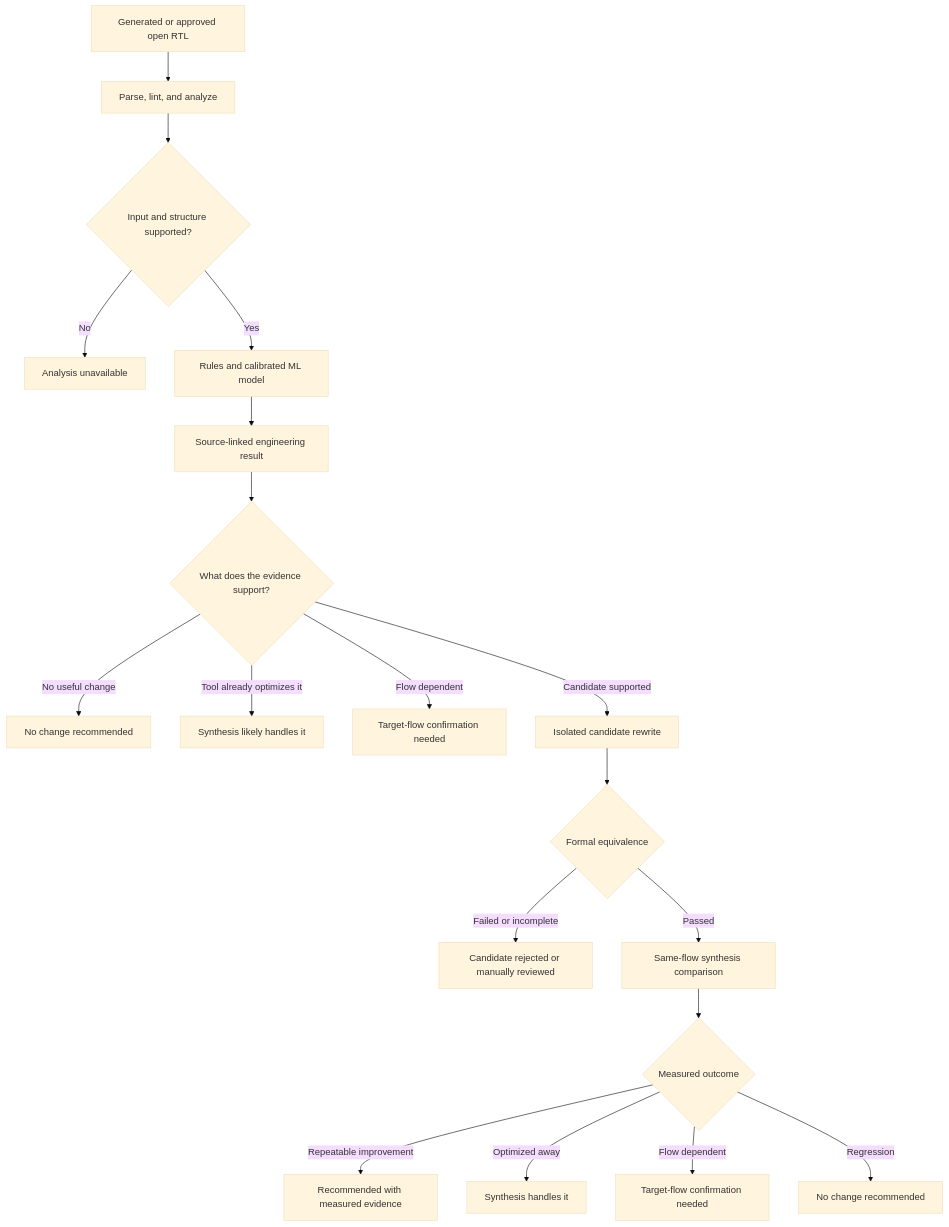
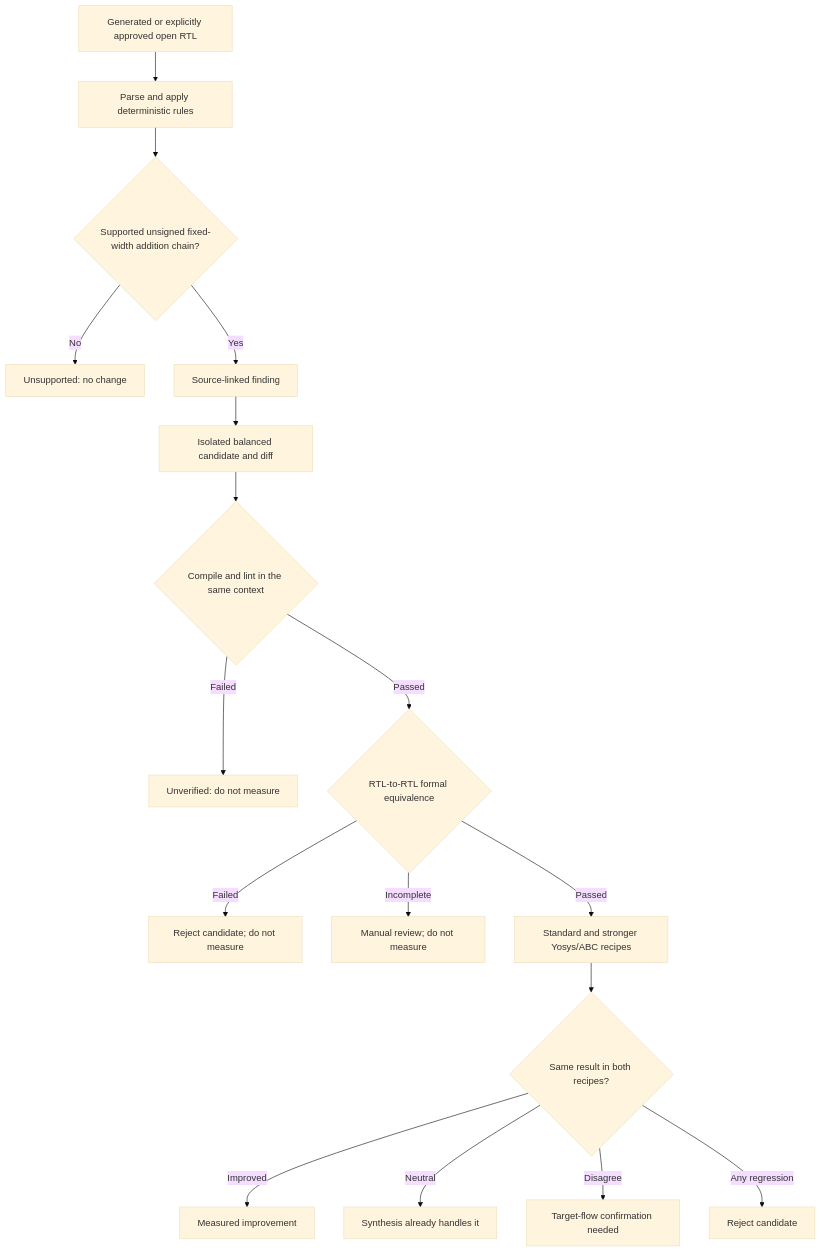
The diagram in README.md (pjwang24/rtl-advisor), drawn with Mermaid (base theme) before and after one commit. The commit also changed other lines of this file and 9 other files, not shown here.

````diff
--- a/README.md
+++ b/README.md
@@ -34,25 +41,19 @@
 ```mermaid
 flowchart TD
-    A["Generated or approved open RTL"] --> B["Parse, lint, and analyze"]
-    B --> C{"Input and structure supported?"}
-
-    C -- "No" --> C1["Analysis unavailable"]
-    C -- "Yes" --> D["Rules and calibrated ML model"]
-    D --> E["Source-linked engineering result"]
-    E --> F{"What does the evidence support?"}
-
-    F -- "No useful change" --> F1["No change recommended"]
-    F -- "Tool already optimizes it" --> F2["Synthesis likely handles it"]
-    F -- "Flow dependent" --> F3["Target-flow confirmation needed"]
-    F -- "Candidate supported" --> G["Isolated candidate rewrite"]
-
-    G --> H{"Formal equivalence"}
-    H -- "Failed or incomplete" --> H1["Candidate rejected or manually reviewed"]
-    H -- "Passed" --> I["Same-flow synthesis comparison"]
-
-    I --> J{"Measured outcome"}
-    J -- "Repeatable improvement" --> J1["Recommended with measured evidence"]
-    J -- "Optimized away" --> J2["Synthesis handles it"]
-    J -- "Flow dependent" --> J3["Target-flow confirmation needed"]
-    J -- "Regression" --> J4["No change recommended"]
+    A["Generated or explicitly approved open RTL"] --> B["Parse and apply deterministic rules"]
+    B --> C{"Supported unsigned fixed-width addition chain?"}
+    C -- "No" --> C1["Unsupported: no change"]
+    C -- "Yes" --> D["Source-linked finding"]
+    D --> E["Isolated balanced candidate and diff"]
+    E --> E1{"Compile and lint in the same context"}
+    E1 -- "Failed" --> E2["Unverified: do not measure"]
+    E1 -- "Passed" --> F{"RTL-to-RTL formal equivalence"}
+    F -- "Failed" --> F1["Reject candidate; do not measure"]
+    F -- "Incomplete" --> F2["Manual review; do not measure"]
+    F -- "Passed" --> G["Standard and stronger Yosys/ABC recipes"]
+    G --> H{"Same result in both recipes?"}
+    H -- "Improved" --> H1["Measured improvement"]
+    H -- "Neutral" --> H2["Synthesis already handles it"]
+    H -- "Disagree" --> H3["Target-flow confirmation needed"]
+    H -- "Any regression" --> H4["Reject candidate"]
 ```
````
